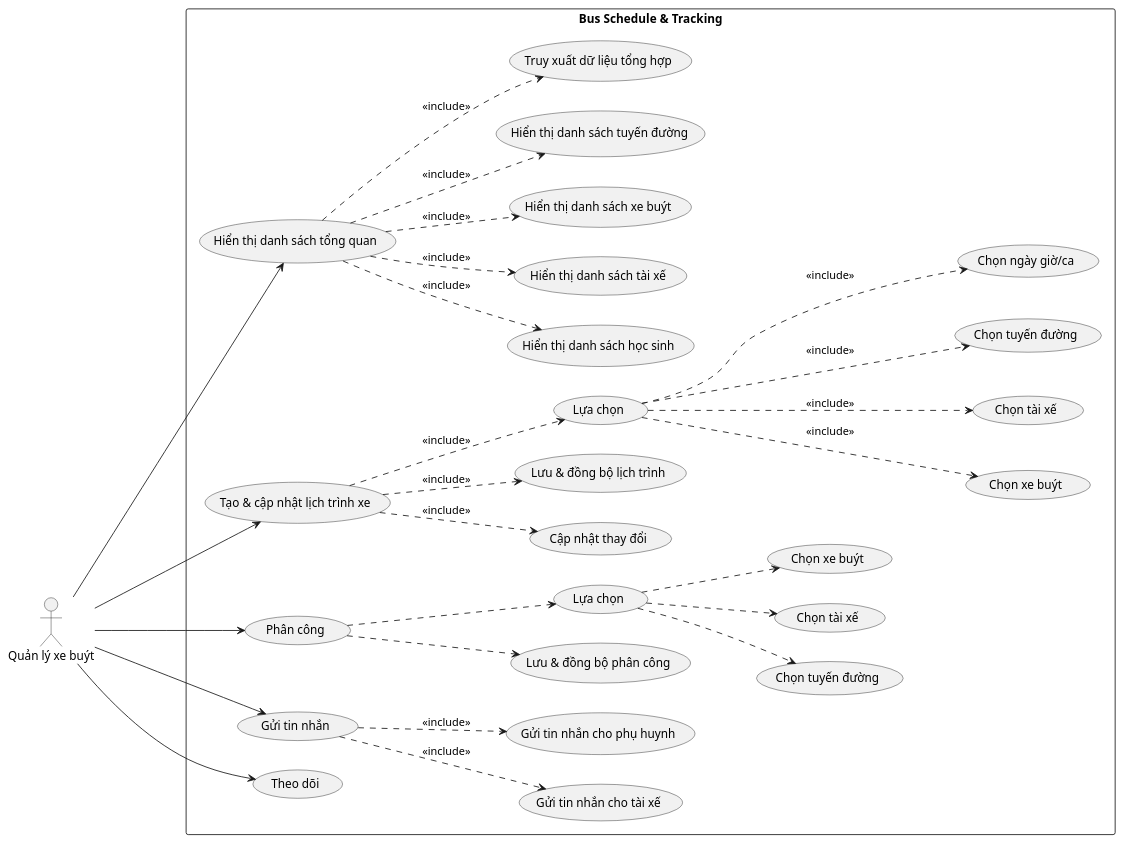
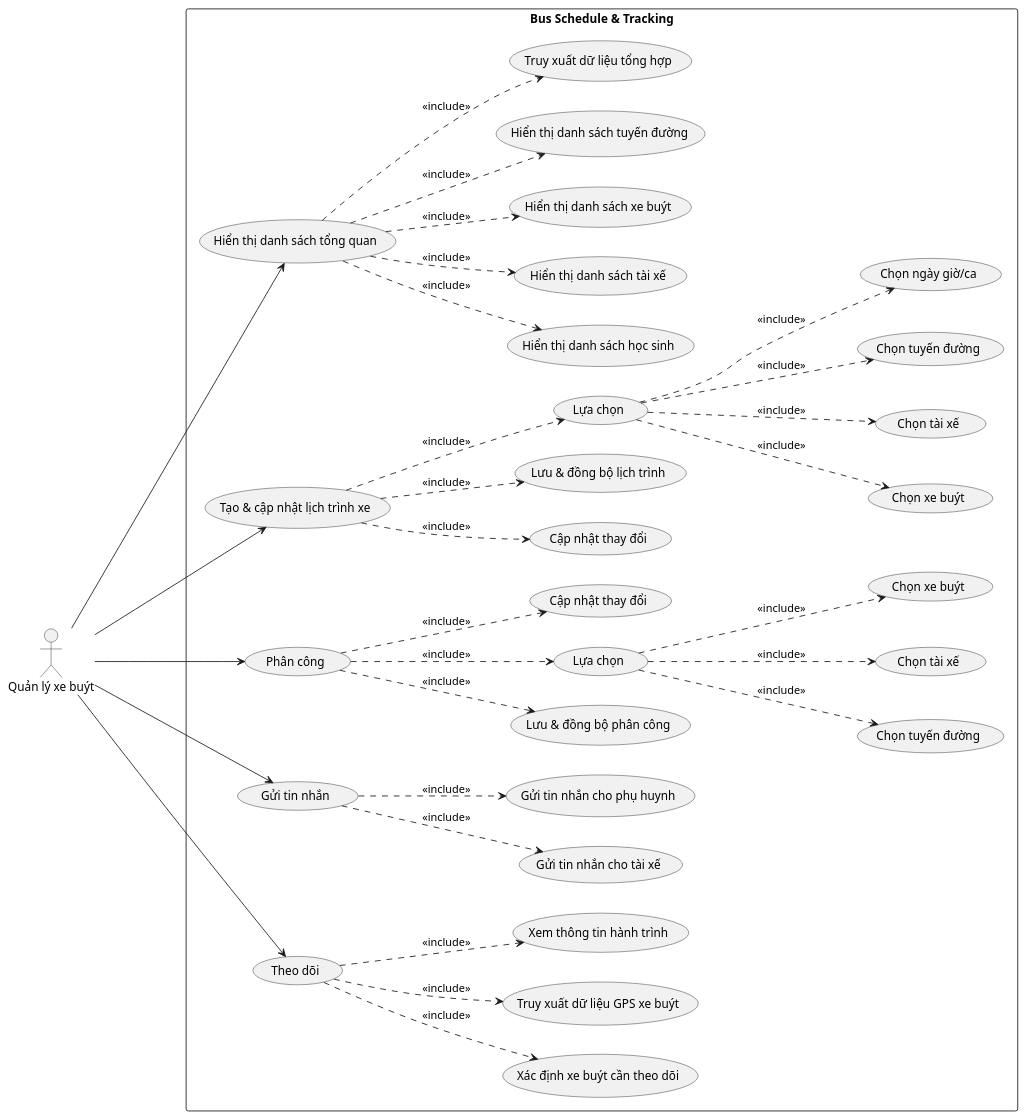
One commit to Bancie/VietBus changed the diagram in uml/use_case/quanly.puml. Above: the diagram before and after it, drawn with PlantUML. The commit also changed 5 other files, not shown here.

First line of the commit message:
Update use case diagrams and PlantUML for bus tracking

```diff
--- a/uml/use_case/quanly.puml
+++ b/uml/use_case/quanly.puml
@@ -1,68 +1,76 @@
 @startuml
 left to right direction
 actor "Quản lý xe buýt" as ql
 
 rectangle "Bus Schedule & Tracking" {
     usecase "Hiển thị danh sách tổng quan" as UC1
     usecase "Tạo và cập nhật lịch trình xe" as UC2
     usecase "Phân công" as UC3
     usecase "Gửi tin nhắn" as UC4
     usecase "Theo dõi" as UC5
 
     usecase "Hiển thị danh sách học sinh" as UC8
     usecase "Hiển thị danh sách tài xế" as UC9
     usecase "Hiển thị danh sách xe buýt" as UC10
     usecase "Hiển thị danh sách tuyến đường" as UC11
     
     usecase "Tạo & cập nhật lịch trình xe" as UC2
     usecase "Chọn xe buýt" as UC_Bus
     usecase "Chọn tài xế" as UC_Driver
     usecase "Chọn tuyến đường" as UC_Route
     usecase "Chọn ngày giờ/ca" as UC_Time
     usecase "Cập nhật thay đổi" as UC_Update
     usecase "Lưu & đồng bộ lịch trình" as UC_Save
 
     usecase "Gửi tin nhắn cho tài xế" as UC12
     usecase "Gửi tin nhắn cho phụ huynh" as UC13
     usecase "Truy xuất dữ liệu tổng hợp" as UC14
     usecase "Lựa chọn" as UC15
     usecase "Chọn tuyến đường" as UC21
     usecase "Chọn tài xế" as UC22
     usecase "Chọn xe buýt" as UC23
     usecase "Lưu & đồng bộ phân công" as UC24
     usecase "Lựa chọn" as UC25
+    usecase "Cập nhật thay đổi" as UC26
+    usecase "Xác định xe buýt cần theo dõi" as UC27
+    usecase "Truy xuất dữ liệu GPS xe buýt" as UC28
+    usecase "Xem thông tin hành trình" as UC29
 
-    UC3 ..> UC25
-    UC3 ..> UC24
-    UC25 ..> UC21
-    UC25 ..> UC22
-    UC25 ..> UC23
-
+    UC3 ..> UC25 : <<include>>
+    UC3 ..> UC24 : <<include>>
+    UC25 ...> UC21 : <<include>>
+    UC25 ...> UC22 : <<include>>
+    UC25 ...> UC23 : <<include>>
 
     UC1 ..> UC8 : <<include>>
     UC1 ..> UC9 : <<include>>
     UC1 ..> UC10 : <<include>>
     UC1 ..> UC11 : <<include>>
     UC4 ..> UC12 : <<include>>
     UC4 ..> UC13 : <<include>>
     UC1 ..> UC14 : <<include>>
     
     UC15 ...> UC_Bus : <<include>>
     UC15 ...> UC_Driver : <<include>>
     UC15 ...> UC_Route : <<include>>
     UC15 ...> UC_Time : <<include>>
     UC2 ..> UC_Update : <<include>>
     UC2 ..> UC_Save : <<include>>
     UC2 ..> UC15 : <<include>>
 
+    UC3 ..> UC26 : <<include>>
+    UC5 ..> UC27 : <<include>>
+    UC5 ..> UC28 : <<include>>
+    UC5 ..> UC29 : <<include>>
+
 }
 
 ql ---> UC1
 ql ---> UC2
 ql ---> UC3
 ql ---> UC4
 ql ---> UC5
 
 
 
 @enduml
```
